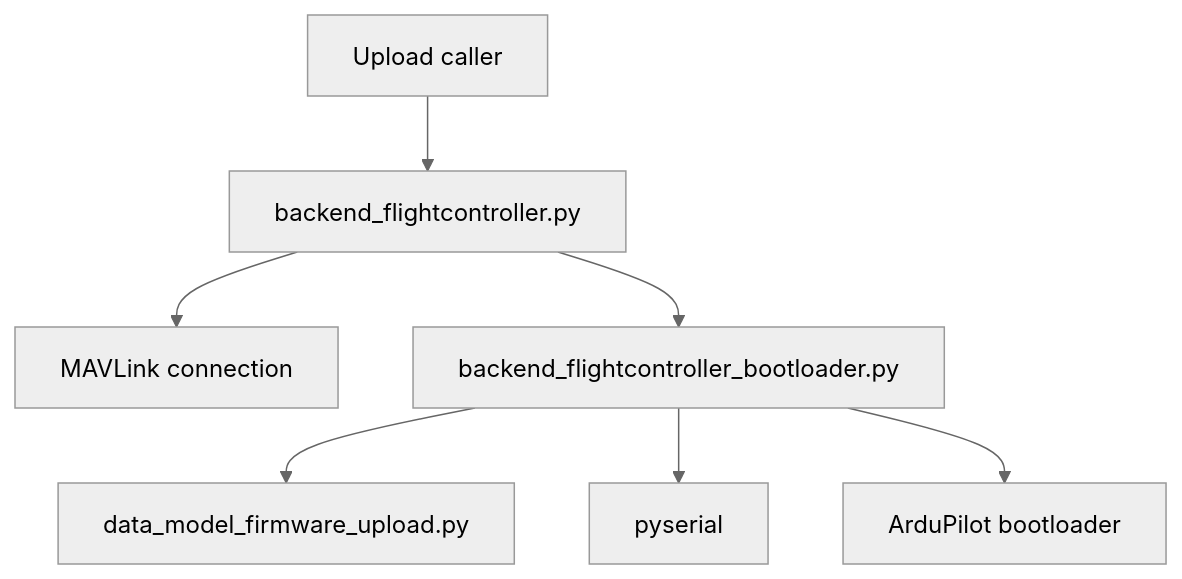
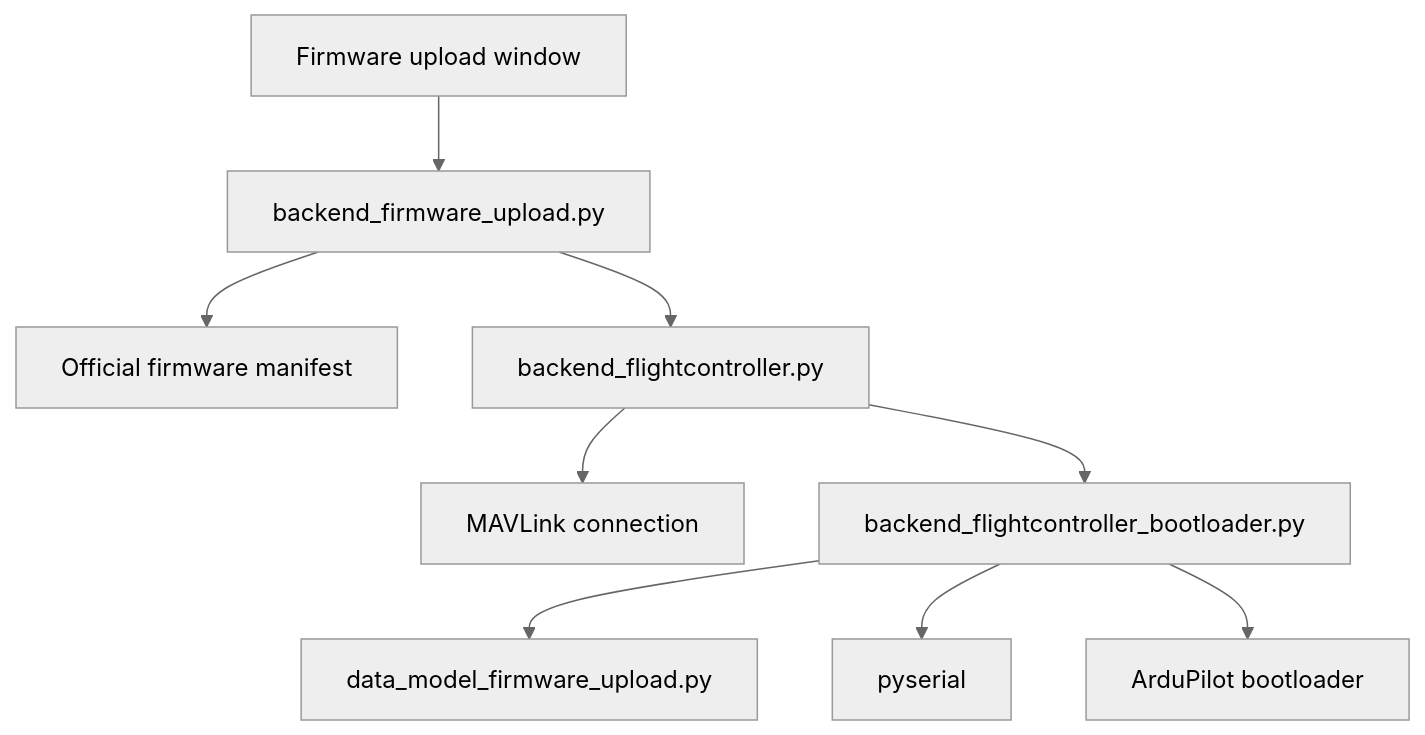
One commit to ArduPilot/MethodicConfigurator changed the diagram in ARCHITECTURE_firmware_upload.md. Above: the diagram before and after it, drawn with Mermaid (neutral theme). The commit also changed other lines of this file and 26 other files, not shown here.

````diff
--- a/ARCHITECTURE_firmware_upload.md
+++ b/ARCHITECTURE_firmware_upload.md
@@ -9,9 +12,11 @@
 ```mermaid
 flowchart TD
-    CALLER[Upload caller] --> FACADE[backend_flightcontroller.py]
+    WINDOW[Firmware upload window] --> UPLOAD[backend_firmware_upload.py]
+    UPLOAD --> CATALOG[Official firmware manifest]
+    UPLOAD --> FACADE[backend_flightcontroller.py]
     FACADE --> MAV[MAVLink connection]
     FACADE --> BOOT[backend_flightcontroller_bootloader.py]
     BOOT --> MODEL[data_model_firmware_upload.py]
     BOOT --> SERIAL[pyserial]
     BOOT --> FC[ArduPilot bootloader]
 ```
````
